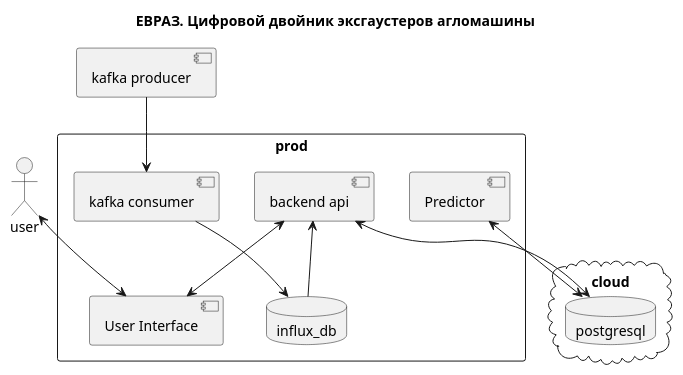
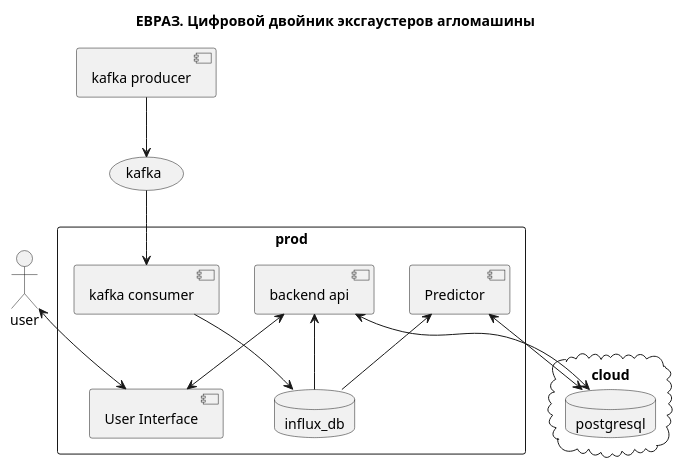
Before and after one commit to AlexTolmy/hackaton: the diagram in docs/schema.puml, drawn with PlantUML.

Commit message:
схема

```diff
--- a/docs/schema.puml
+++ b/docs/schema.puml
@@ -1,27 +1,30 @@
 @startuml
 title ЕВРАЗ. Цифровой двойник эксгаустеров агломашины
 
 actor user as user
 
 rectangle prod{
     database influx_db as influx
     [backend api] as api
     [User Interface] as ui
     [Predictor] as predictor
     [kafka consumer] as kafka_c
 }
 [kafka producer] as kafka_p
+(kafka) as kafka
 
 cloud "cloud"{
     database postgresql as psql
 }
 
 user <--> ui
 api <--> ui
 api <--> psql
 api <-- influx
 psql <--> predictor
+predictor <-- influx
 kafka_c --> influx
-kafka_p --> kafka_c
+kafka_p --> kafka
+kafka --> kafka_c
 
 @enduml
```
